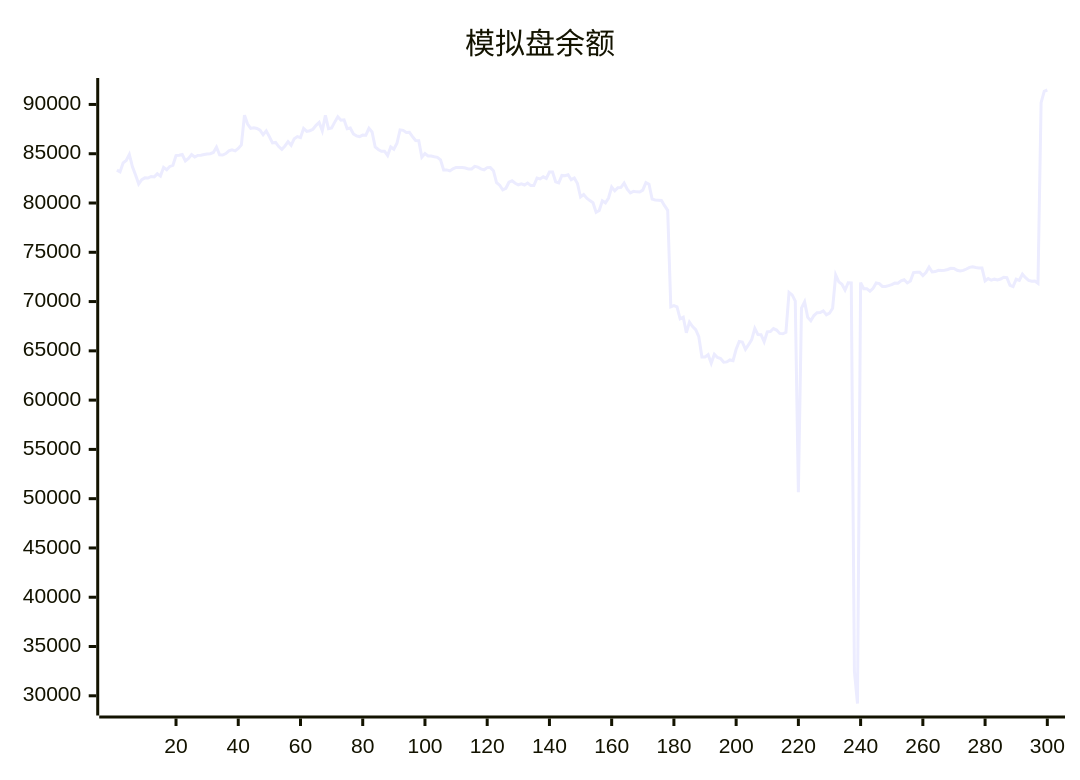
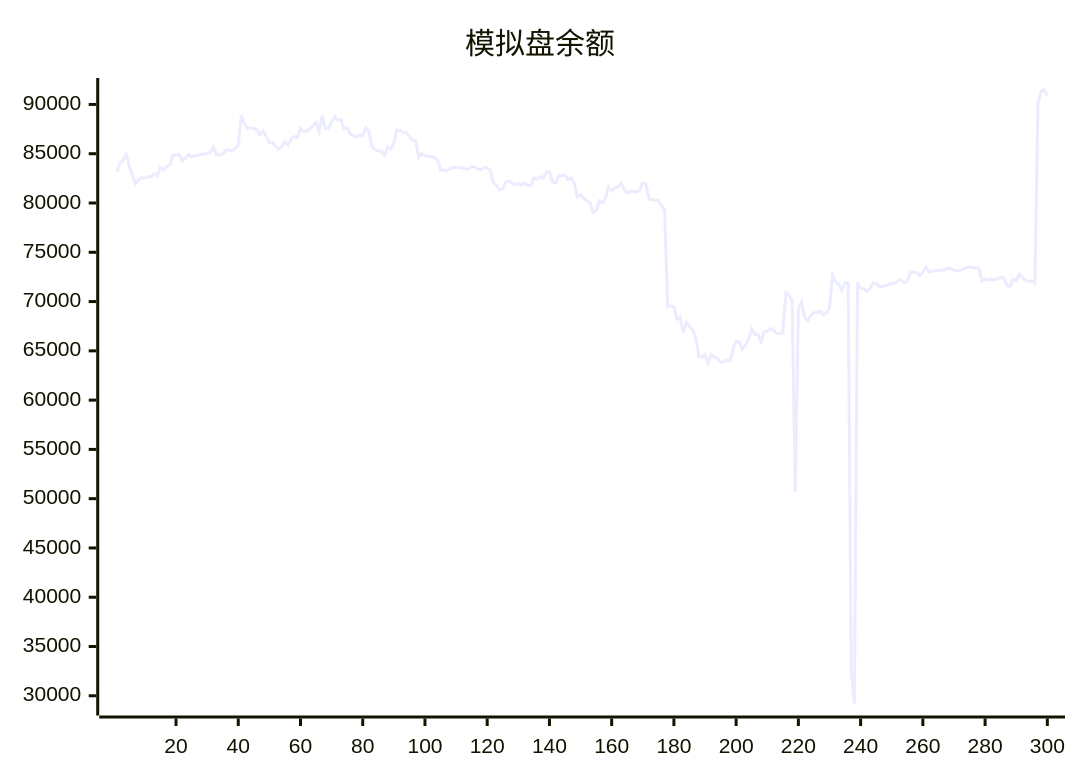
The diagram in README.md (aahl/ai-trading), drawn with Mermaid before and after one commit. The commit also changed other lines of this file and 1 other file, not shown here.

````diff
--- a/README.md
+++ b/README.md
@@ -5,5 +5,5 @@
 ```mermaid
 xychart
     title "模拟盘余额"
-    line [83338,83157,84070,84309,84922,83667,82850,81924,82369,82552,82539,82695,82648,82962,82728,83619,83378,83710,83825,84819,84854,84917,84265,84527,84919,84668,84834,84850,84916,84981,85004,85131,85674,84891,84864,85019,85284,85393,85294,85538,85894,88904,88012,87567,87625,87568,87386,86920,87313,86737,86094,86143,85725,85437,85787,86219,85859,86526,86740,86630,87563,87264,87335,87483,87886,88180,87335,88894,87544,87608,88207,88755,88401,88444,87543,87608,87000,86810,86740,86894,86884,87576,87209,85686,85435,85251,85255,84820,85689,85453,86066,87420,87373,87161,87178,86740,86341,86315,84643,85012,84772,84768,84690,84635,84376,83360,83357,83259,83474,83608,83606,83602,83548,83440,83454,83724,83644,83464,83365,83590,83592,83275,82072,81806,81344,81492,82109,82254,82006,81848,81955,81829,82022,81769,81776,82522,82441,82656,82498,83144,83144,82150,82038,82797,82763,82872,82367,82536,81981,80612,80862,80484,80242,80034,79063,79245,80226,80016,80507,81625,81233,81544,81578,82016,81401,81019,81186,81130,81118,81306,82066,81909,80392,80304,80291,80258,79729,79261,69466,69579,69456,68251,68415,66832,67911,67462,67144,66432,64380,64375,64606,63740,64647,64324,64216,63842,63877,64078,64008,65156,65945,65888,65157,65625,66144,67284,66653,66639,65924,66925,66956,67263,67108,66766,66729,66886,70927,70673,70049,50652,69334,69973,68400,68061,68578,68876,68879,69055,68662,68822,69329,72687,71999,71760,71162,71911,71896,32500,29218,71927,71297,71305,71044,71337,71883,71822,71536,71536,71622,71723,71880,71860,72100,72216,71887,72077,72940,72976,72966,72638,72948,73497,73004,73041,73173,73160,73186,73258,73375,73351,73173,73098,73161,73305,73474,73536,73457,73413,73412,72100,72333,72164,72272,72204,72285,72461,72421,71652,71521,72267,72157,72774,72424,72144,72060,72091,71858,90185,91338,91466]
+    line [83157,84070,84309,84922,83667,82850,81924,82369,82552,82539,82695,82648,82962,82728,83619,83378,83710,83825,84819,84854,84917,84265,84527,84919,84668,84834,84850,84916,84981,85004,85131,85674,84891,84864,85019,85284,85393,85294,85538,85894,88904,88012,87567,87625,87568,87386,86920,87313,86737,86094,86143,85725,85437,85787,86219,85859,86526,86740,86630,87563,87264,87335,87483,87886,88180,87335,88894,87544,87608,88207,88755,88401,88444,87543,87608,87000,86810,86740,86894,86884,87576,87209,85686,85435,85251,85255,84820,85689,85453,86066,87420,87373,87161,87178,86740,86341,86315,84643,85012,84772,84768,84690,84635,84376,83360,83357,83259,83474,83608,83606,83602,83548,83440,83454,83724,83644,83464,83365,83590,83592,83275,82072,81806,81344,81492,82109,82254,82006,81848,81955,81829,82022,81769,81776,82522,82441,82656,82498,83144,83144,82150,82038,82797,82763,82872,82367,82536,81981,80612,80862,80484,80242,80034,79063,79245,80226,80016,80507,81625,81233,81544,81578,82016,81401,81019,81186,81130,81118,81306,82066,81909,80392,80304,80291,80258,79729,79261,69466,69579,69456,68251,68415,66832,67911,67462,67144,66432,64380,64375,64606,63740,64647,64324,64216,63842,63877,64078,64008,65156,65945,65888,65157,65625,66144,67284,66653,66639,65924,66925,66956,67263,67108,66766,66729,66886,70927,70673,70049,50652,69334,69973,68400,68061,68578,68876,68879,69055,68662,68822,69329,72687,71999,71760,71162,71911,71896,32500,29218,71927,71297,71305,71044,71337,71883,71822,71536,71536,71622,71723,71880,71860,72100,72216,71887,72077,72940,72976,72966,72638,72948,73497,73004,73041,73173,73160,73186,73258,73375,73351,73173,73098,73161,73305,73474,73536,73457,73413,73412,72100,72333,72164,72272,72204,72285,72461,72421,71652,71521,72267,72157,72774,72424,72144,72060,72091,71858,90185,91338,91466,90900]
 ```
````
